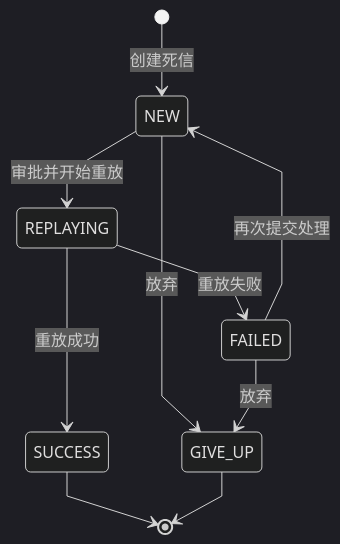
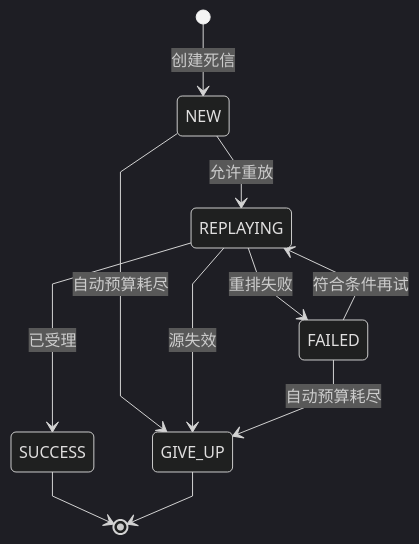
The seventh of 25 diagrams in docs/architecture/system-flow-overview.md (pinpols/file-batch-system), drawn with Mermaid (dark theme) before and after one commit. The commit also changed other lines of this file and 11 other files, not shown here.

````diff
--- a/docs/architecture/system-flow-overview.md
+++ b/docs/architecture/system-flow-overview.md
@@ -189,13 +186,15 @@
 ```mermaid
 %%{init: {"flowchart":{"curve":"linear","nodeSpacing":32,"rankSpacing":48},"sequence":{"mirrorActors":false}}}%%
 stateDiagram-v2
+  direction TB
   [*] --> NEW: 创建死信
-  NEW --> REPLAYING: 审批并开始重放
-  NEW --> GIVE_UP: 放弃
-  REPLAYING --> SUCCESS: 重放成功
-  REPLAYING --> FAILED: 重放失败
-  FAILED --> NEW: 再次提交处理
-  FAILED --> GIVE_UP: 放弃
+  NEW --> REPLAYING: 允许重放
+  NEW --> GIVE_UP: 自动预算耗尽
+  REPLAYING --> SUCCESS: 已受理
+  REPLAYING --> FAILED: 重排失败
+  REPLAYING --> GIVE_UP: 源失效
+  FAILED --> REPLAYING: 符合条件再试
+  FAILED --> GIVE_UP: 自动预算耗尽
   SUCCESS --> [*]
   GIVE_UP --> [*]
 ```
````
